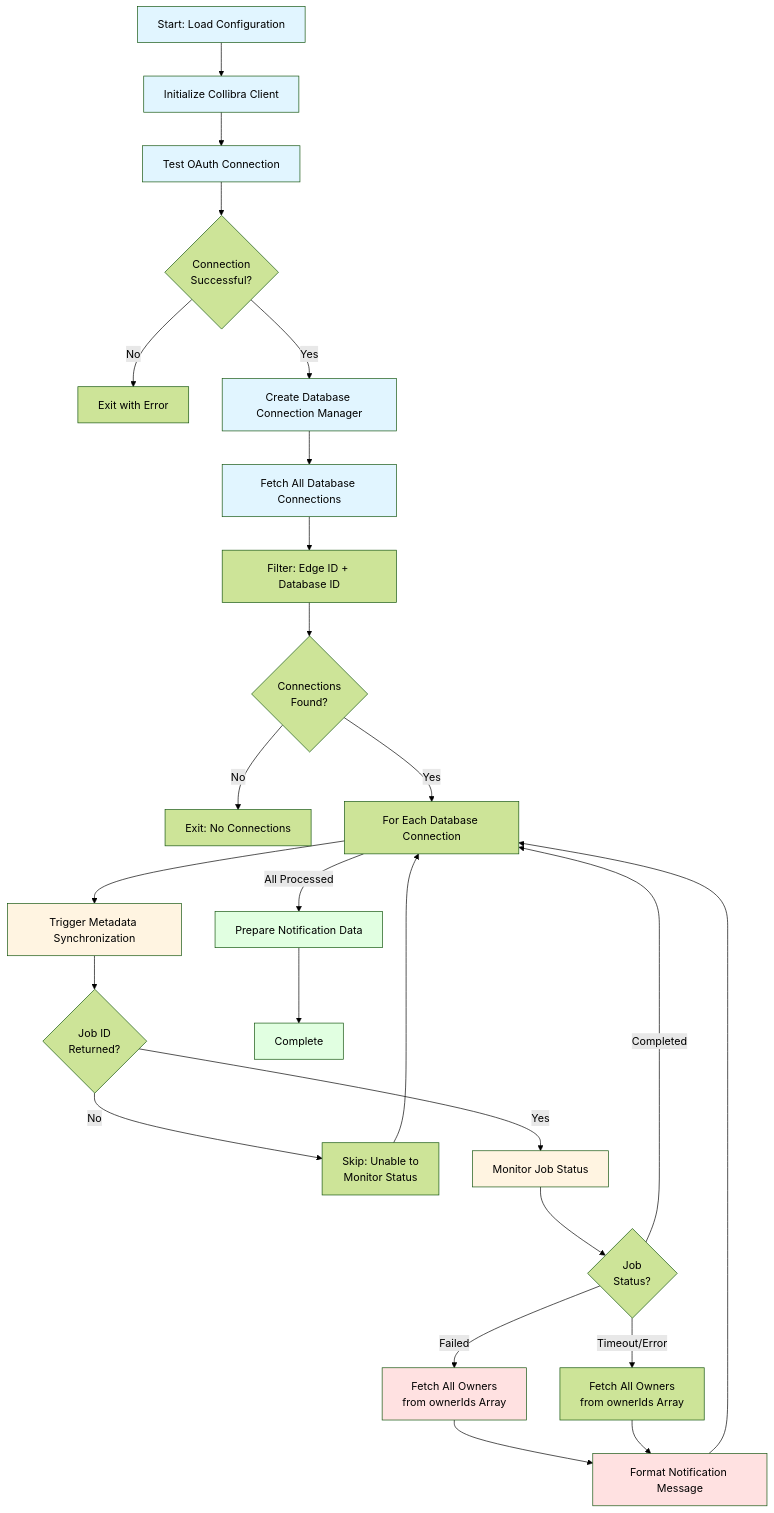
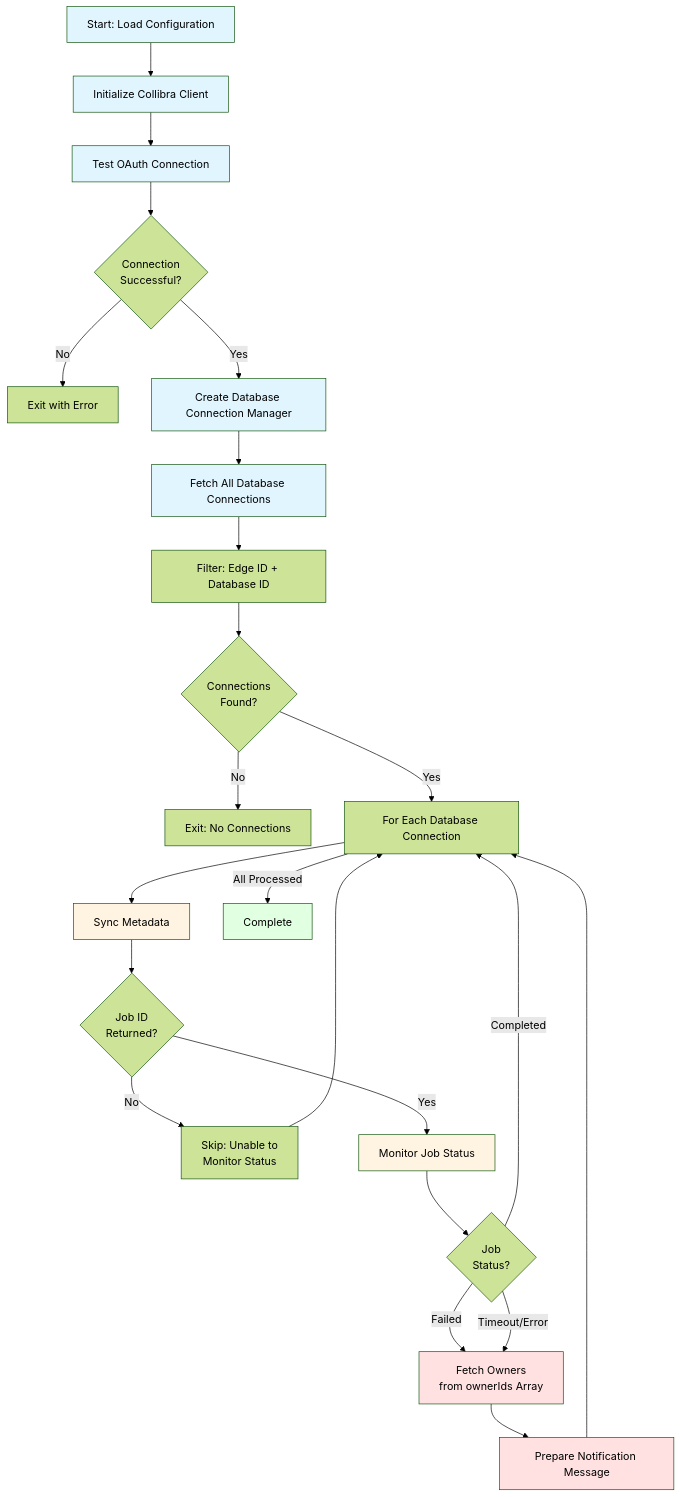
One commit to arnauudG/Collibra-Repository---Automations changed the diagram in Test Connections - Database - Collibra/README.md. Above: the diagram before and after it, drawn with Mermaid (forest theme). The commit also changed other lines of this file, not shown here.

Commit message:
update project doc

````diff
--- a/Test Connections - Database - Collibra/README.md
+++ b/Test Connections - Database - Collibra/README.md
@@ -49,39 +49,36 @@
 ```mermaid
 flowchart TD
     A[Start: Load Configuration] --> B[Initialize Collibra Client]
     B --> C[Test OAuth Connection]
     C --> D{Connection<br/>Successful?}
     D -->|No| E[Exit with Error]
     D -->|Yes| F[Create Database Connection Manager]
     F --> G[Fetch All Database Connections]
     G --> H[Filter: Edge ID + Database ID]
     H --> I{Connections<br/>Found?}
     I -->|No| J[Exit: No Connections]
     I -->|Yes| K[For Each Database Connection]
-    K --> L[Trigger Metadata Synchronization]
+    K --> L[Sync Metadata]
     L --> M{Job ID<br/>Returned?}
     M -->|No| N[Skip: Unable to<br/>Monitor Status]
     M -->|Yes| O[Monitor Job Status]
     O --> P{Job<br/>Status?}
     P -->|Completed| K
-    P -->|Failed| R[Fetch All Owners<br/>from ownerIds Array]
-    P -->|Timeout/Error| S[Fetch All Owners<br/>from ownerIds Array]
-    R --> T[Format Notification Message]
-    S --> T
+    P -->|Failed| R[Fetch Owners<br/>from ownerIds Array]
+    P -->|Timeout/Error| R
+    R --> T[Prepare Notification Message]
     T --> K
     N --> K
-    K -->|All Processed| X[Prepare Notification Data]
-    X --> Z[Complete]
+    K -->|All Processed| Z[Complete]
     
     style A fill:#e1f5ff
     style B fill:#e1f5ff
     style C fill:#e1f5ff
     style F fill:#e1f5ff
     style G fill:#e1f5ff
     style L fill:#fff4e1
     style O fill:#fff4e1
     style R fill:#ffe1e1
     style T fill:#ffe1e1
-    style X fill:#e1ffe1
     style Z fill:#e1ffe1
 ```
````
